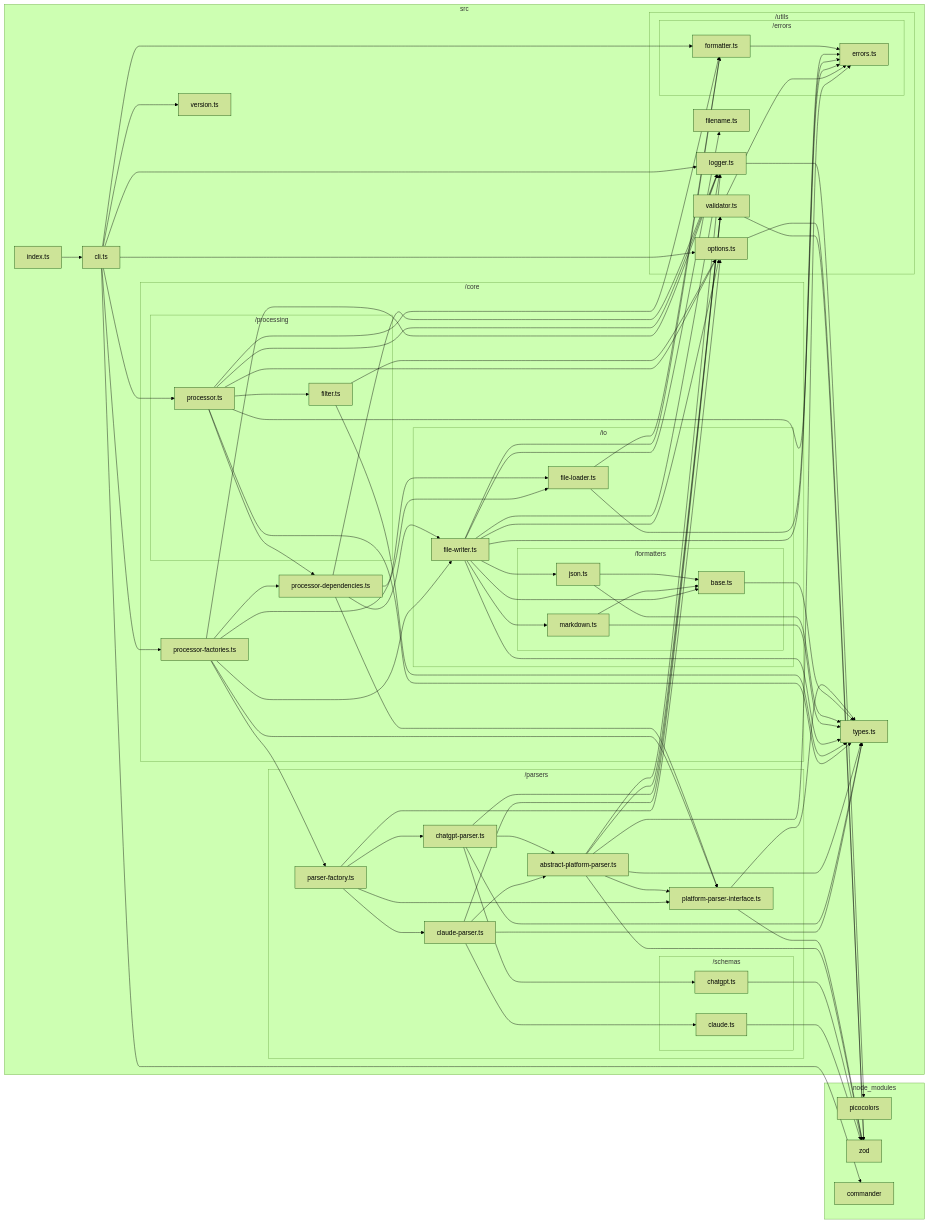
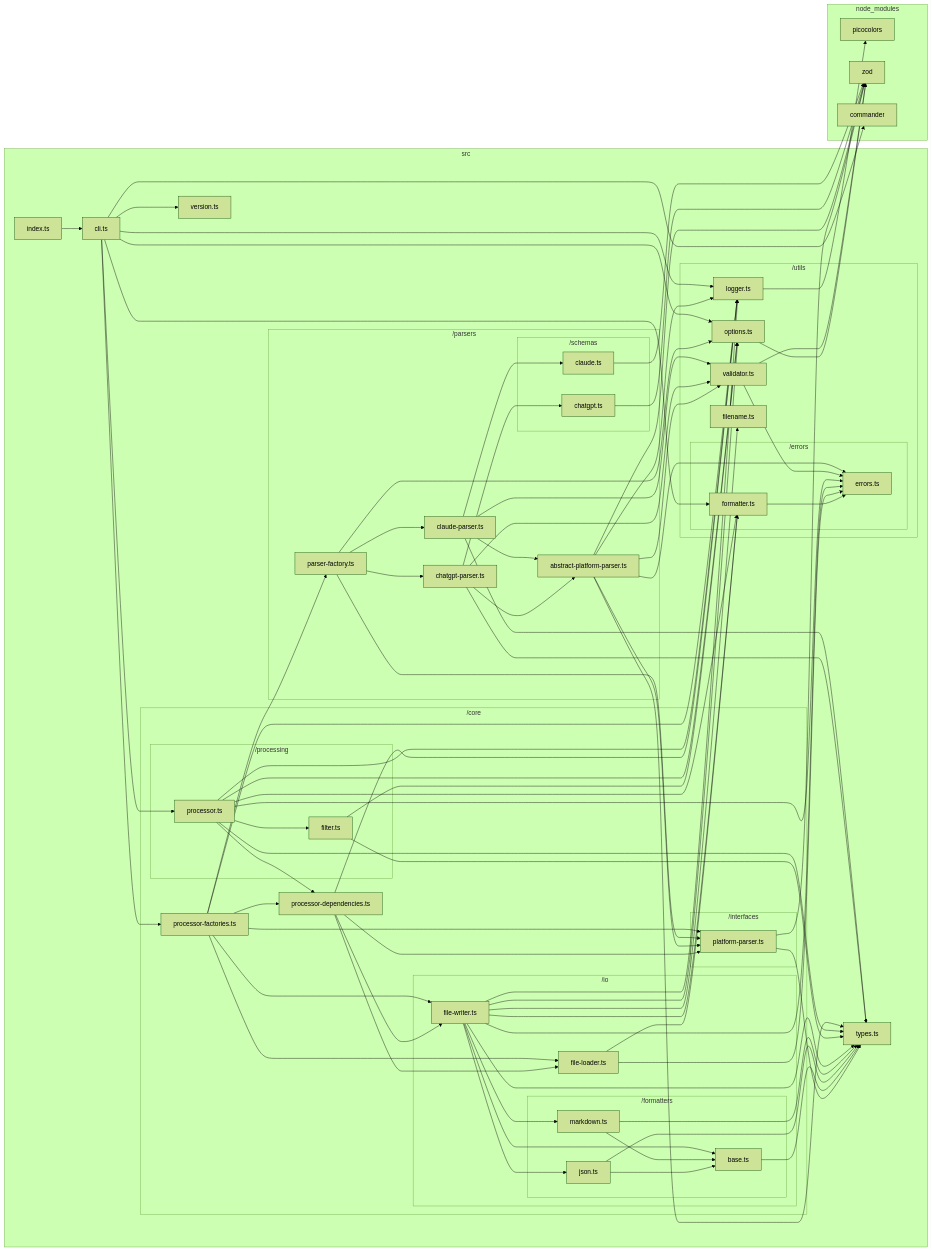
Before and after one commit to sugurutakahashi-1234/ai-chat-md-export: the diagram in docs/dependency-graphs/typescript-graph.md, drawn with Mermaid (forest theme). The commit also changed 5 other files, not shown here.

First line of the commit message:
refactor: reorganize platform parser interfaces and dependencies

```diff
--- a/docs/dependency-graphs/typescript-graph.md
+++ b/docs/dependency-graphs/typescript-graph.md
@@ -21,20 +21,12 @@
                 src/utils/errors/formatter.ts["formatter.ts"]
             end
         end
-        subgraph src/parsers["/parsers"]
-            src/parsers/platform//parser//interface.ts["platform-parser-interface.ts"]
-            src/parsers/abstract//platform//parser.ts["abstract-platform-parser.ts"]
-            src/parsers/chatgpt//parser.ts["chatgpt-parser.ts"]
-            src/parsers/claude//parser.ts["claude-parser.ts"]
-            src/parsers/parser//factory.ts["parser-factory.ts"]
-            subgraph src/parsers/schemas["/schemas"]
-                src/parsers/schemas/chatgpt.ts["chatgpt.ts"]
-                src/parsers/schemas/claude.ts["claude.ts"]
-            end
-        end
         subgraph src/core["/core"]
             src/core/processor//depend_encies.ts["processor-dependencies.ts"]
             src/core/processor//factories.ts["processor-factories.ts"]
+            subgraph src/core/interfaces["/interfaces"]
+                src/core/interfaces/platform//parser.ts["platform-parser.ts"]
+            end
             subgraph src/core/io["/io"]
                 src/core/io/file//loader.ts["file-loader.ts"]
                 src/core/io/file//writer.ts["file-writer.ts"]
@@ -49,6 +41,16 @@
                 src/core/processing/processor.ts["processor.ts"]
             end
         end
+        subgraph src/parsers["/parsers"]
+            src/parsers/abstract//platform//parser.ts["abstract-platform-parser.ts"]
+            src/parsers/chatgpt//parser.ts["chatgpt-parser.ts"]
+            src/parsers/claude//parser.ts["claude-parser.ts"]
+            src/parsers/parser//factory.ts["parser-factory.ts"]
+            subgraph src/parsers/schemas["/schemas"]
+                src/parsers/schemas/chatgpt.ts["chatgpt.ts"]
+                src/parsers/schemas/claude.ts["claude.ts"]
+            end
+        end
     end
     subgraph node//modules["node_modules"]
         node//modules/picocolors/picocolors.d.ts["picocolors"]
@@ -58,8 +60,8 @@
     src/utils/errors/formatter.ts-->src/utils/errors/errors.ts
     src/utils/logger.ts-->node//modules/picocolors/picocolors.d.ts
     src/utils/options.ts-->node//modules/zod/index.d.cts
-    src/parsers/platform//parser//interface.ts-->node//modules/zod/index.d.cts
-    src/parsers/platform//parser//interface.ts-->src/types.ts
+    src/core/interfaces/platform//parser.ts-->node//modules/zod/index.d.cts
+    src/core/interfaces/platform//parser.ts-->src/types.ts
     src/core/io/file//loader.ts-->src/utils/errors/errors.ts
     src/core/io/file//loader.ts-->src/utils/errors/formatter.ts
     src/core/io/formatters/base.ts-->src/types.ts
@@ -76,8 +78,8 @@
     src/core/io/file//writer.ts-->src/core/io/formatters/base.ts
     src/core/io/file//writer.ts-->src/core/io/formatters/json.ts
     src/core/io/file//writer.ts-->src/core/io/formatters/markdown.ts
-    src/core/processor//depend_encies.ts-->src/parsers/platform//parser//interface.ts
     src/core/processor//depend_encies.ts-->src/utils/logger.ts
+    src/core/processor//depend_encies.ts-->src/core/interfaces/platform//parser.ts
     src/core/processor//depend_encies.ts-->src/core/io/file//loader.ts
     src/core/processor//depend_encies.ts-->src/core/io/file//writer.ts
     src/core/processing/filter.ts-->src/types.ts
@@ -92,11 +94,11 @@
     src/utils/validator.ts-->node//modules/zod/index.d.cts
     src/utils/validator.ts-->src/utils/errors/errors.ts
     src/parsers/abstract//platform//parser.ts-->node//modules/zod/index.d.cts
+    src/parsers/abstract//platform//parser.ts-->src/core/interfaces/platform//parser.ts
     src/parsers/abstract//platform//parser.ts-->src/types.ts
     src/parsers/abstract//platform//parser.ts-->src/utils/errors/errors.ts
     src/parsers/abstract//platform//parser.ts-->src/utils/logger.ts
     src/parsers/abstract//platform//parser.ts-->src/utils/validator.ts
-    src/parsers/abstract//platform//parser.ts-->src/parsers/platform//parser//interface.ts
     src/parsers/schemas/chatgpt.ts-->node//modules/zod/index.d.cts
     src/parsers/chatgpt//parser.ts-->src/types.ts
     src/parsers/chatgpt//parser.ts-->src/utils/validator.ts
@@ -107,13 +109,13 @@
     src/parsers/claude//parser.ts-->src/utils/validator.ts
     src/parsers/claude//parser.ts-->src/parsers/abstract//platform//parser.ts
     src/parsers/claude//parser.ts-->src/parsers/schemas/claude.ts
+    src/parsers/parser//factory.ts-->src/core/interfaces/platform//parser.ts
     src/parsers/parser//factory.ts-->src/utils/options.ts
     src/parsers/parser//factory.ts-->src/parsers/chatgpt//parser.ts
     src/parsers/parser//factory.ts-->src/parsers/claude//parser.ts
-    src/parsers/parser//factory.ts-->src/parsers/platform//parser//interface.ts
     src/core/processor//factories.ts-->src/parsers/parser//factory.ts
-    src/core/processor//factories.ts-->src/parsers/platform//parser//interface.ts
     src/core/processor//factories.ts-->src/utils/logger.ts
+    src/core/processor//factories.ts-->src/core/interfaces/platform//parser.ts
     src/core/processor//factories.ts-->src/core/io/file//loader.ts
     src/core/processor//factories.ts-->src/core/io/file//writer.ts
     src/core/processor//factories.ts-->src/core/processor//depend_encies.ts
```
